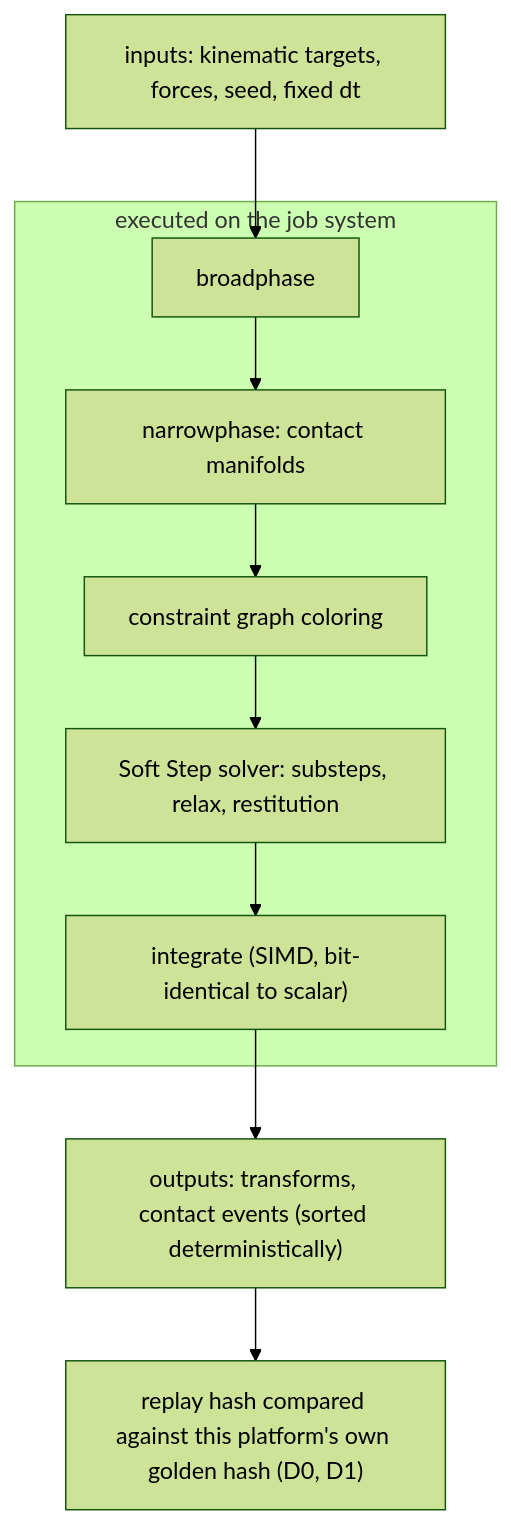
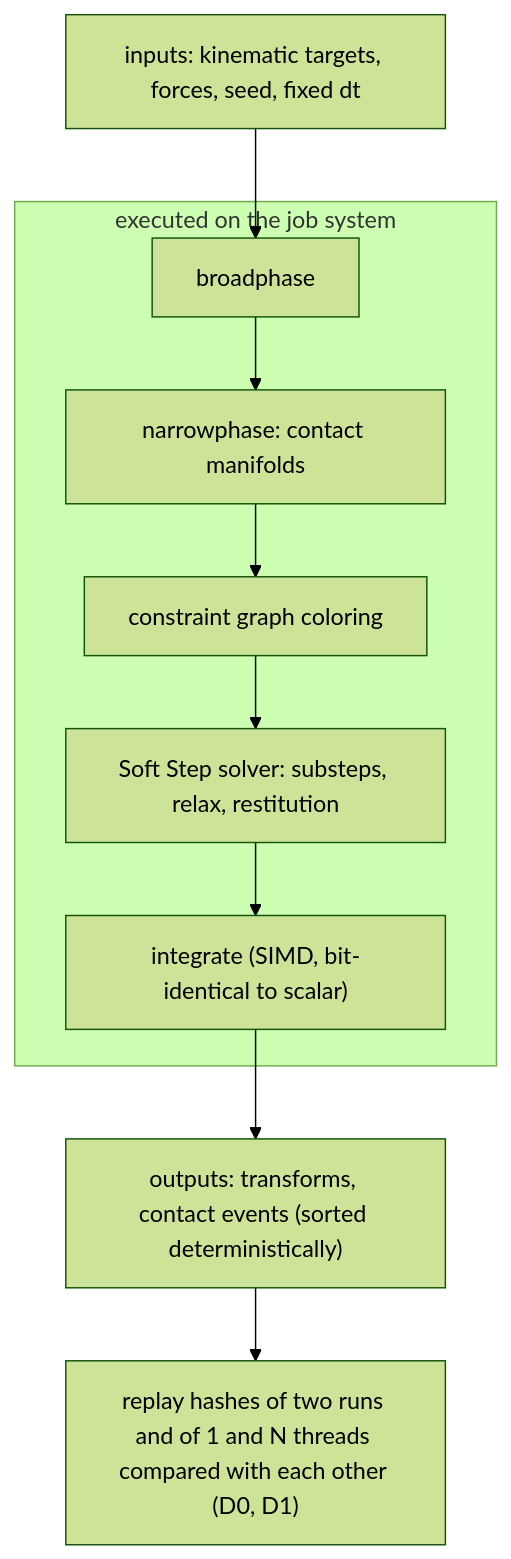
One commit to giamat90/DuckEngine changed the seventh of 11 diagrams in wiki/architecture/diagrams.md. Above: the diagram before and after it, drawn with Mermaid (forest theme). The commit also changed 8 other files, not shown here.

Commit message:
docs(governance): replay hash is compared within one run, no stored golden hash (1-14) (#53)

````diff
--- a/wiki/architecture/diagrams.md
+++ b/wiki/architecture/diagrams.md
@@ -271,17 +271,17 @@
 ```mermaid
 flowchart TB
   In["inputs: kinematic targets, forces, seed, fixed dt"] --> BP["broadphase"]
   BP --> NP["narrowphase: contact manifolds"]
   NP --> GC["constraint graph coloring"]
   GC --> SS["Soft Step solver: substeps, relax, restitution"]
   SS --> Int["integrate (SIMD, bit-identical to scalar)"]
   Int --> Out["outputs: transforms, contact events (sorted deterministically)"]
-  Out --> Hash["replay hash compared against this platform's own golden hash (D0, D1)"]
+  Out --> Hash["replay hashes of two runs and of 1 and N threads compared with each other (D0, D1)"]
   subgraph Jobs["executed on the job system"]
     BP
     NP
     GC
     SS
     Int
   end
 ```
````
